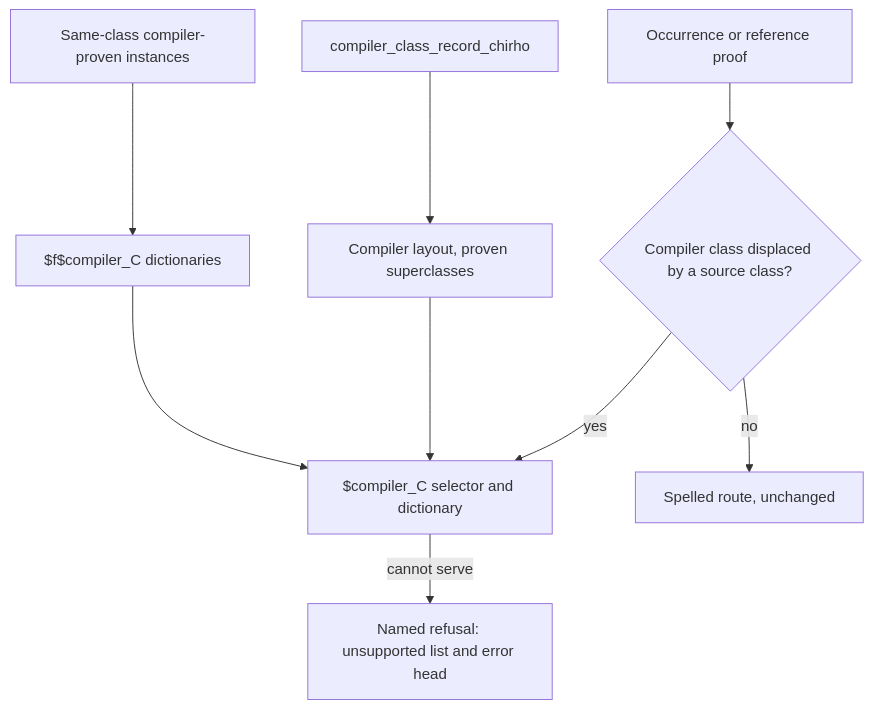
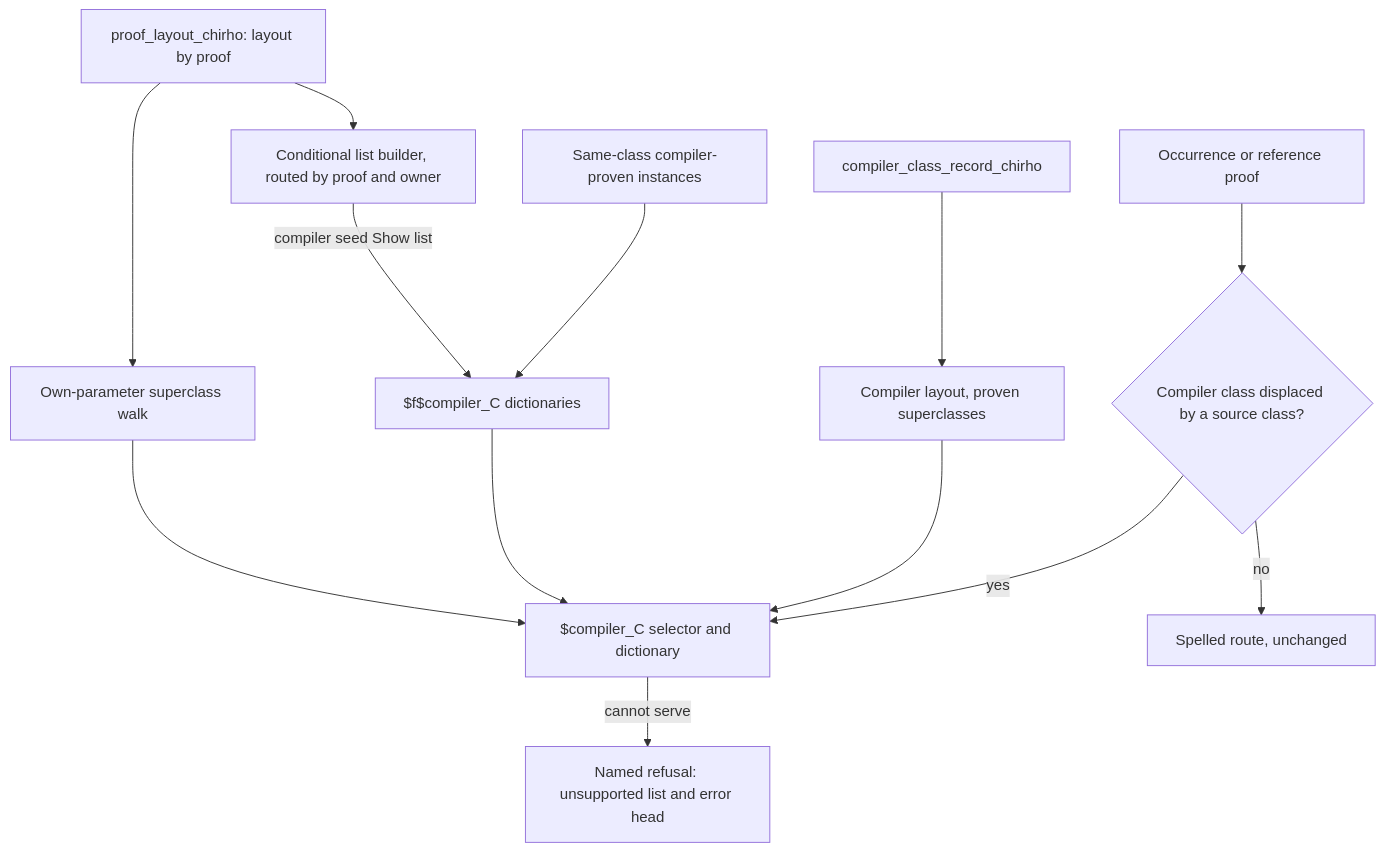
Diagram 20 of 20 in spec-chirho/workflows-chirho/language-features-chirho/dictionary-evidence-chirho.md (loveJesus/haskelujah-chirho), drawn with Mermaid before and after one commit. The commit also changed other lines of this file and 3 other files, not shown here.

First line of the commit message:
Choose displaced compiler layouts by proof in superclass walks and list dictionaries Chirho

````diff
--- a/spec-chirho/workflows-chirho/language-features-chirho/dictionary-evidence-chirho.md
+++ b/spec-chirho/workflows-chirho/language-features-chirho/dictionary-evidence-chirho.md
@@ -1196,11 +1217,15 @@
 ```mermaid
 flowchart TD
     proof_chirho[Occurrence or reference proof] --> compiler_chirho{Compiler class displaced by a source class?}
     compiler_chirho -->|yes| namespace_chirho[$compiler_C selector and dictionary]
     namespace_chirho -->|cannot serve| refusal_chirho[Named refusal: unsupported list and error head]
     compiler_chirho -->|no| spelled_chirho[Spelled route, unchanged]
     record_chirho[compiler_class_record_chirho] --> layout_chirho[Compiler layout, proven superclasses]
     layout_chirho --> namespace_chirho
     seeds_chirho[Same-class compiler-proven instances] --> dictionaries_chirho[$f$compiler_C dictionaries]
     dictionaries_chirho --> namespace_chirho
+    proof_layout_chirho[proof_layout_chirho: layout by proof] --> walk_chirho[Own-parameter superclass walk]
+    proof_layout_chirho --> conditional_chirho[Conditional list builder, routed by proof and owner]
+    conditional_chirho -->|compiler seed Show list| dictionaries_chirho
+    walk_chirho --> namespace_chirho
 ```
````
